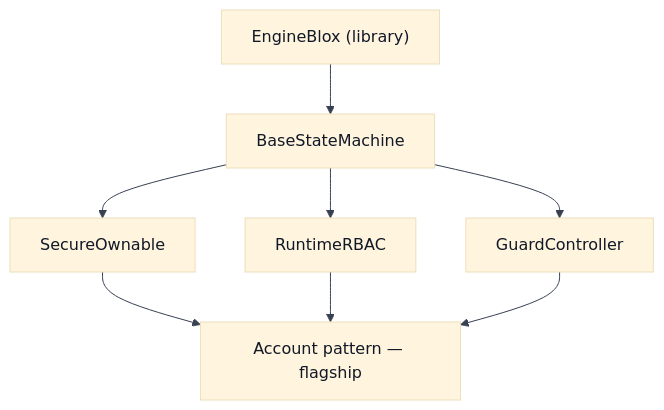
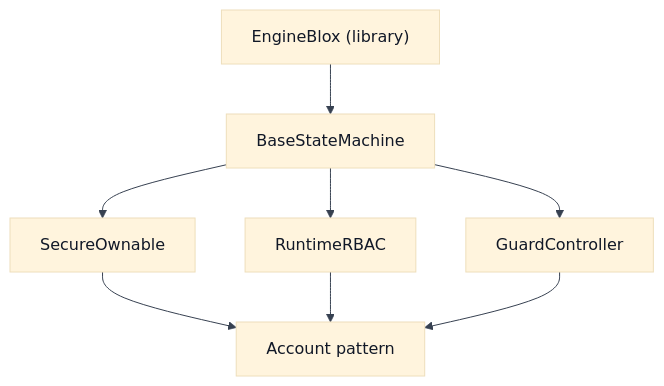
Before and after one commit to PracticalParticle/Bloxchain-Protocol: the diagram in README.md, drawn with Mermaid. The commit also changed other lines of this file and 2 other files, not shown here.

````diff
--- a/README.md
+++ b/README.md
@@ -119,17 +103,17 @@
 ```mermaid
 %%{init: {'theme': 'base', 'themeVariables': {'primaryTextColor': '#111827', 'lineColor': '#374151'}}}%%
 graph TB
   EB["EngineBlox (library)"]
   BSM["BaseStateMachine"]
   SO["SecureOwnable"]
   RBAC["RuntimeRBAC"]
   GC["GuardController"]
-  ACC["Account pattern — flagship"]
+  ACC["Account pattern"]
   EB --> BSM
   BSM --> SO
   BSM --> RBAC
   BSM --> GC
   SO --> ACC
   RBAC --> ACC
   GC --> ACC
 ```
````
